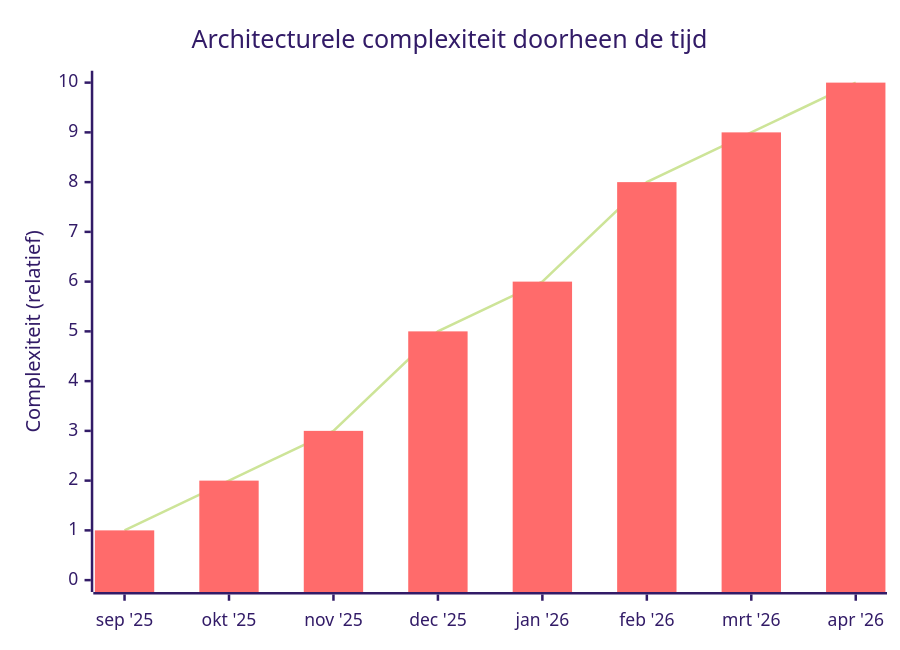
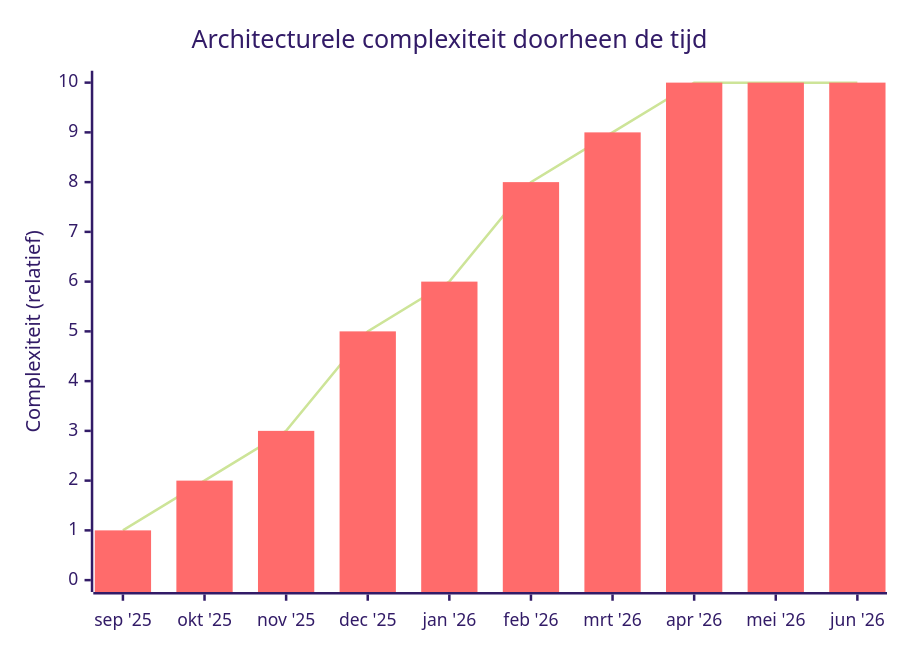
Before and after one commit to BenoitGoethals/WarriorFit: the second of 3 diagrams in documentation/evolution.md, drawn with Mermaid (forest theme). The commit also changed other lines of this file and 4 other files, not shown here.

First line of the commit message:
docs: update evolution timeline with MFFT Eval and Test Analytics integration

````diff
--- a/documentation/evolution.md
+++ b/documentation/evolution.md
@@ -29,8 +34,8 @@
 ```mermaid
 xychart-beta
     title "Architecturele complexiteit doorheen de tijd"
-    x-axis ["sep '25", "okt '25", "nov '25", "dec '25", "jan '26", "feb '26", "mrt '26", "apr '26"]
+    x-axis ["sep '25", "okt '25", "nov '25", "dec '25", "jan '26", "feb '26", "mrt '26", "apr '26", "mei '26", "jun '26"]
     y-axis "Complexiteit (relatief)" 0 --> 10
-    line [1, 2, 3, 5, 6, 8, 9, 10]
-    bar  [1, 2, 3, 5, 6, 8, 9, 10]
+    line [1, 2, 3, 5, 6, 8, 9, 10, 10, 10]
+    bar  [1, 2, 3, 5, 6, 8, 9, 10, 10, 10]
 ```
````
